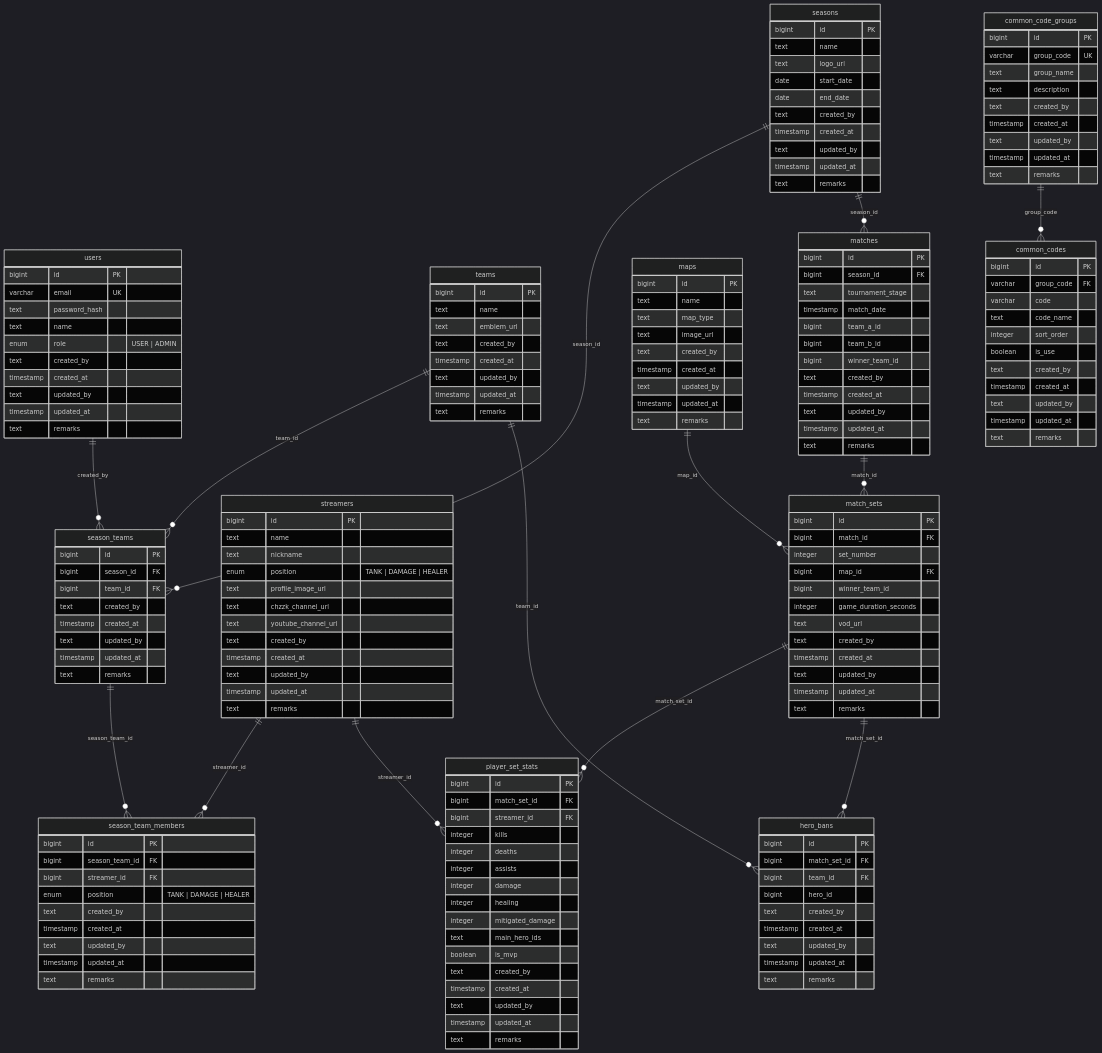
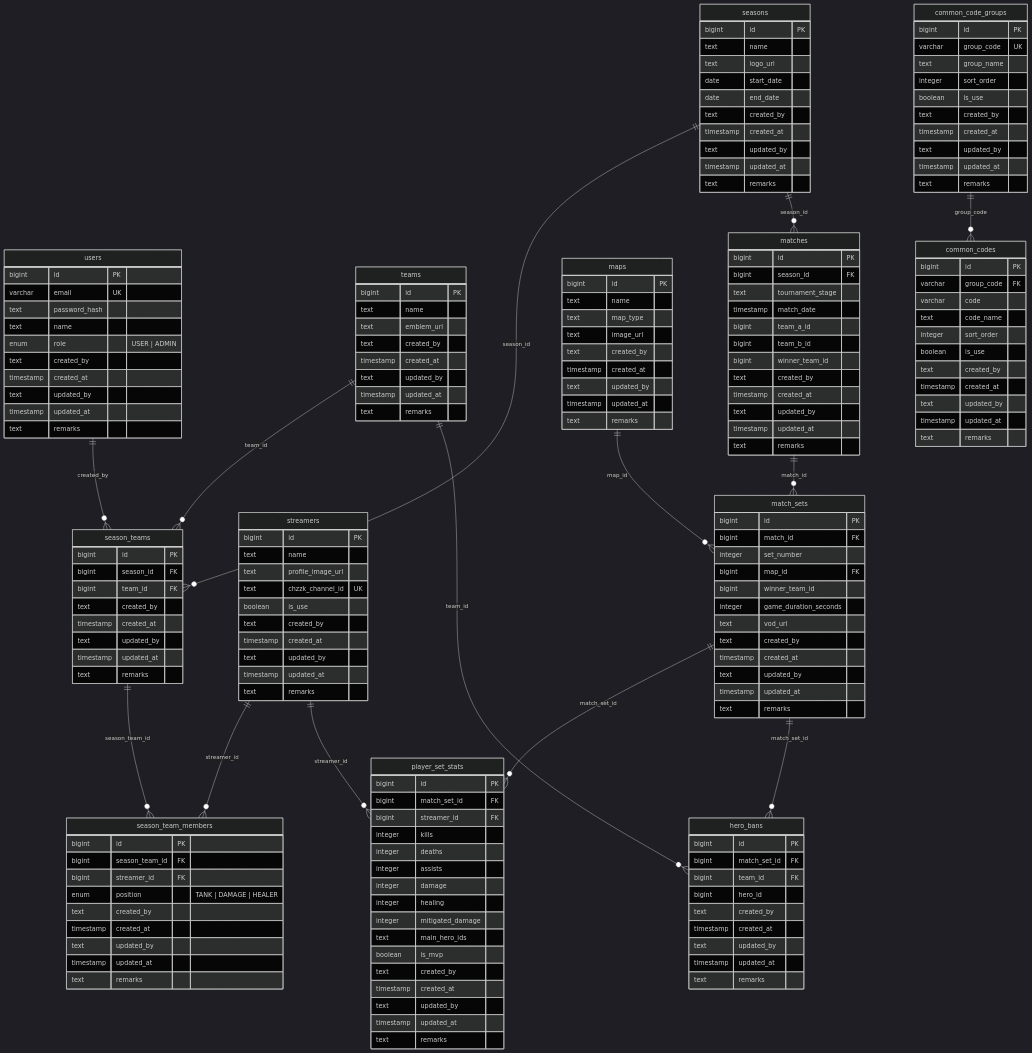
Before and after one commit to junhyeon0325/ROMS: the second of 2 diagrams in 산출물/초기계획/ROMS_ERD.md, drawn with Mermaid (dark theme). The commit also changed other lines of this file and 14 other files, not shown here.

```diff
--- a/산출물/초기계획/ROMS_ERD.md
+++ b/산출물/초기계획/ROMS_ERD.md
@@ -272,11 +271,9 @@
     streamers {
         bigint id PK
         text name
-        text nickname
-        enum position "TANK | DAMAGE | HEALER"
         text profile_image_url
-        text chzzk_channel_url
-        text youtube_channel_url
+        text chzzk_channel_id UK
+        boolean is_use
         text created_by
         timestamp created_at
         text updated_by
@@ -385,7 +382,8 @@
         bigint id PK
         varchar group_code UK
         text group_name
-        text description
+        integer sort_order
+        boolean is_use
         text created_by
         timestamp created_at
         text updated_by
```
